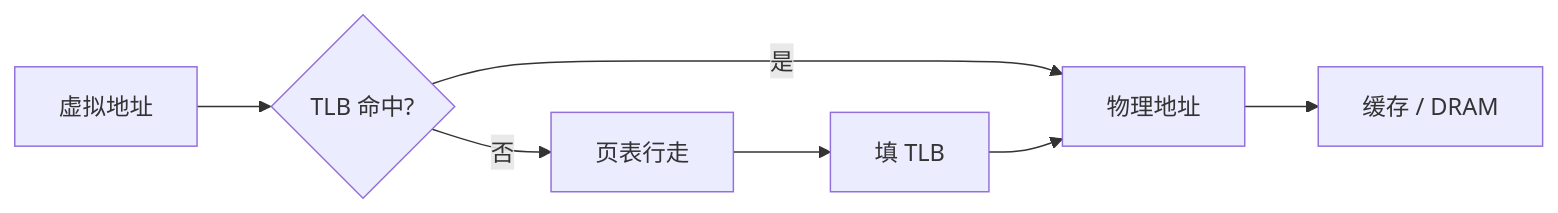
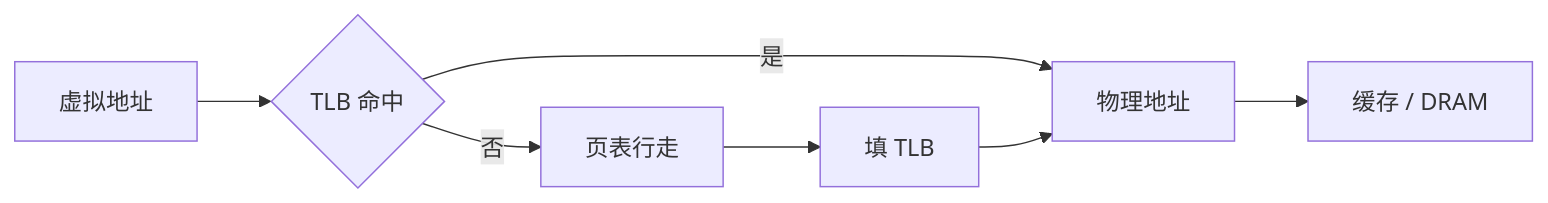
Before and after one commit to wangzh12023/langstack-101: the diagram in docs/ch01/virtual-memory.md, drawn with Mermaid. The commit also changed other lines of this file and 23 other files, not shown here.

````diff
--- a/docs/ch01/virtual-memory.md
+++ b/docs/ch01/virtual-memory.md
@@ -11,9 +11,9 @@
 ```mermaid
 flowchart LR
-  VA[虚拟地址] --> TLB{TLB 命中?}
+  VA[虚拟地址] --> TLB{TLB 命中}
   TLB -->|是| PA[物理地址]
   TLB -->|否| PT[页表行走]
   PT --> TLB2[填 TLB]
   TLB2 --> PA
   PA --> CACHE[缓存 / DRAM]
 ```
````
